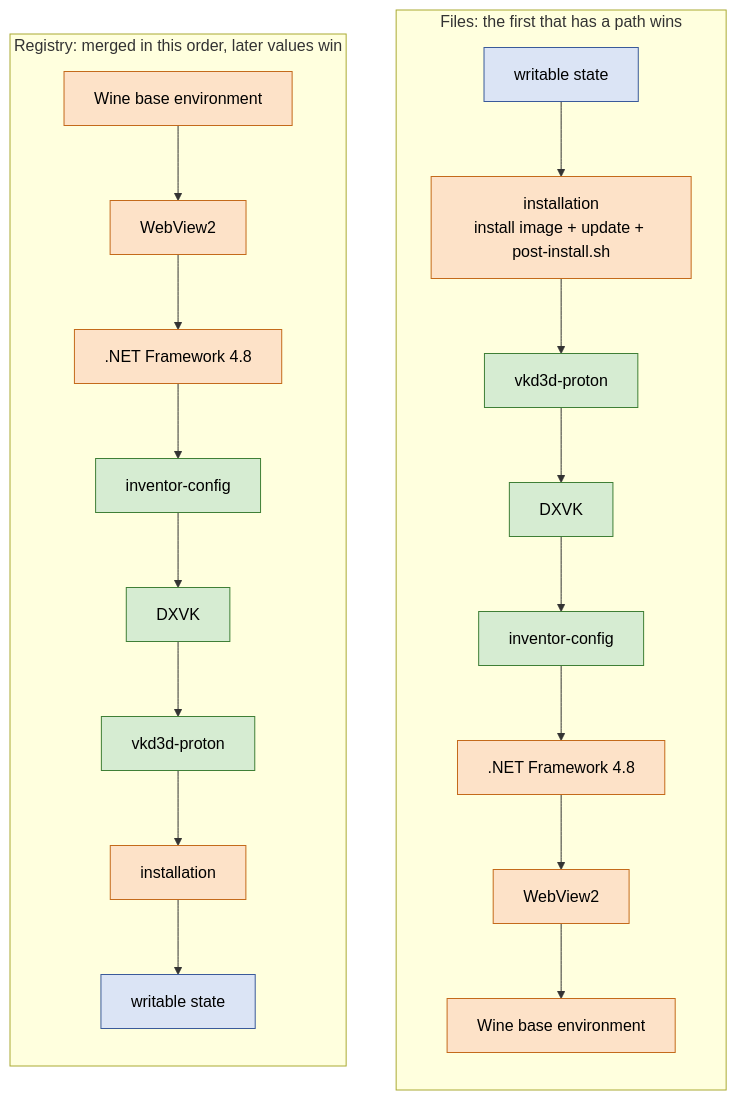
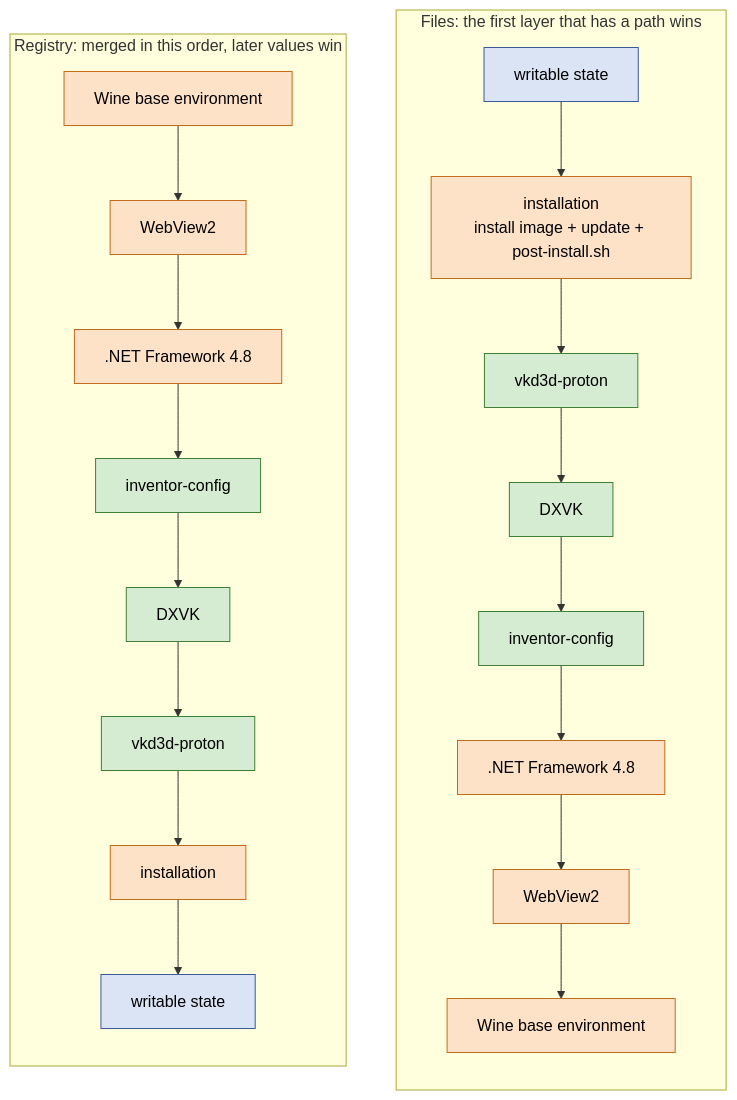
Before and after one commit to Harvi654/Autodesk-Inventor-for-Linux: the first of 2 diagrams in nix/LAYERS.md, drawn with Mermaid. The commit also changed other lines of this file and 19 other files, not shown here.

````diff
--- a/nix/LAYERS.md
+++ b/nix/LAYERS.md
@@ -14,22 +14,22 @@
 ```mermaid
 flowchart TB
-    subgraph files["Files: the first that has a path wins"]
+    subgraph files["Files: the first layer that has a path wins"]
         direction TB
         f0["writable state"] --> f1["installation<br/>install image + update + post-install.sh"]
         f1 --> f2["vkd3d-proton"] --> f3["DXVK"] --> f4["inventor-config"]
         f4 --> f5[".NET Framework 4.8"] --> f6["WebView2"] --> f7["Wine base environment"]
     end
     subgraph registry["Registry: merged in this order, later values win"]
         direction TB
         r0["Wine base environment"] --> r1["WebView2"] --> r2[".NET Framework 4.8"]
         r2 --> r3["inventor-config"] --> r4["DXVK"] --> r5["vkd3d-proton"]
         r5 --> r6["installation"] --> r7["writable state"]
     end
 
     classDef install fill:#fde2c8,stroke:#c46a1b,color:#000
     classDef runtime fill:#d6ecd2,stroke:#3f7f36,color:#000
     classDef user fill:#dbe4f5,stroke:#3a5a9a,color:#000
     class f1,f5,f6,f7,r0,r1,r2,r6 install
     class f2,f3,f4,r3,r4,r5 runtime
     class f0,r7 user
 ```
````
